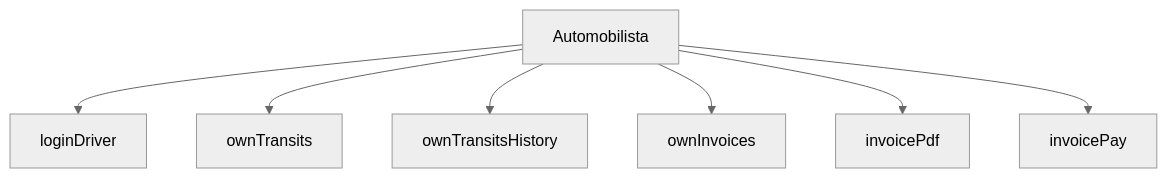
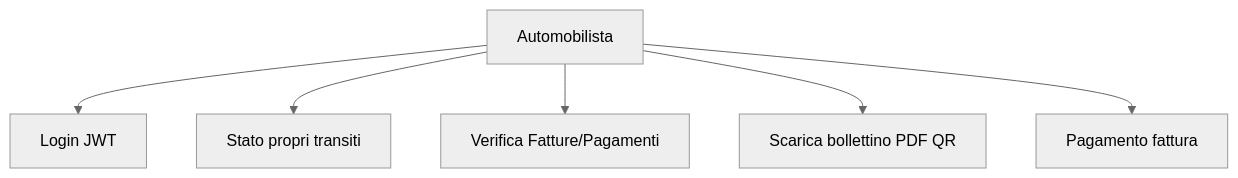
One commit to SbattellaMattia/ProgrammazioneAvanzata changed the second of 8 diagrams in README.md. Above: the diagram before and after it, drawn with Mermaid (neutral theme). The commit also changed other lines of this file, not shown here.

Commit message:
Refactor use case diagrams and actor definitions

````diff
--- a/README.md
+++ b/README.md
@@ -410,21 +405,19 @@
-```  mermaid
+```mermaid
 flowchart TB
-    %% Attori
-    Automobilista["Automobilista"]
+    %% Attore
+    U["Automobilista"]
 
- %% Casi d'uso - Automobilista
-    loginDriver
-    ownTransits
-    ownTransitsHistory
-    ownInvoices
-    invoicePdf
-    invoicePay
+    %% Casi d'uso
+    loginU[Login JWT]
+    ownTransits[Stato propri transiti]
+    ownInvoices[Verifica Fatture/Pagamenti]
+    invoicePdf[Scarica bollettino PDF QR]
+    payInvoice[Pagamento fattura]
 
- %% Relazioni Automobilista → casi d'uso
-    Automobilista --> loginDriver
-    Automobilista --> ownTransits
-    Automobilista --> ownTransitsHistory
-    Automobilista --> ownInvoices
-    Automobilista --> invoicePdf
-    Automobilista --> invoicePay
+    %% Relazioni
+    U --> loginU
+    U --> ownTransits
+    U --> ownInvoices
+    U --> invoicePdf
+    U --> payInvoice
 ```
````
